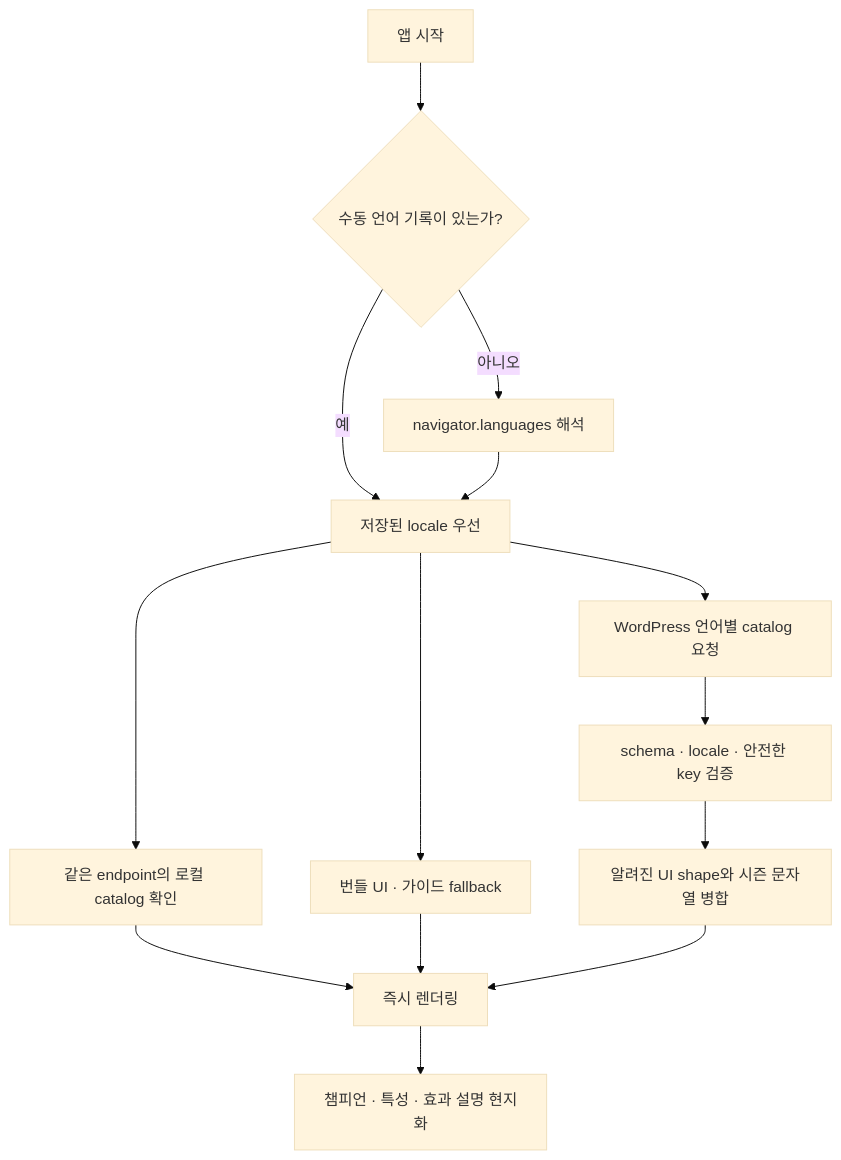
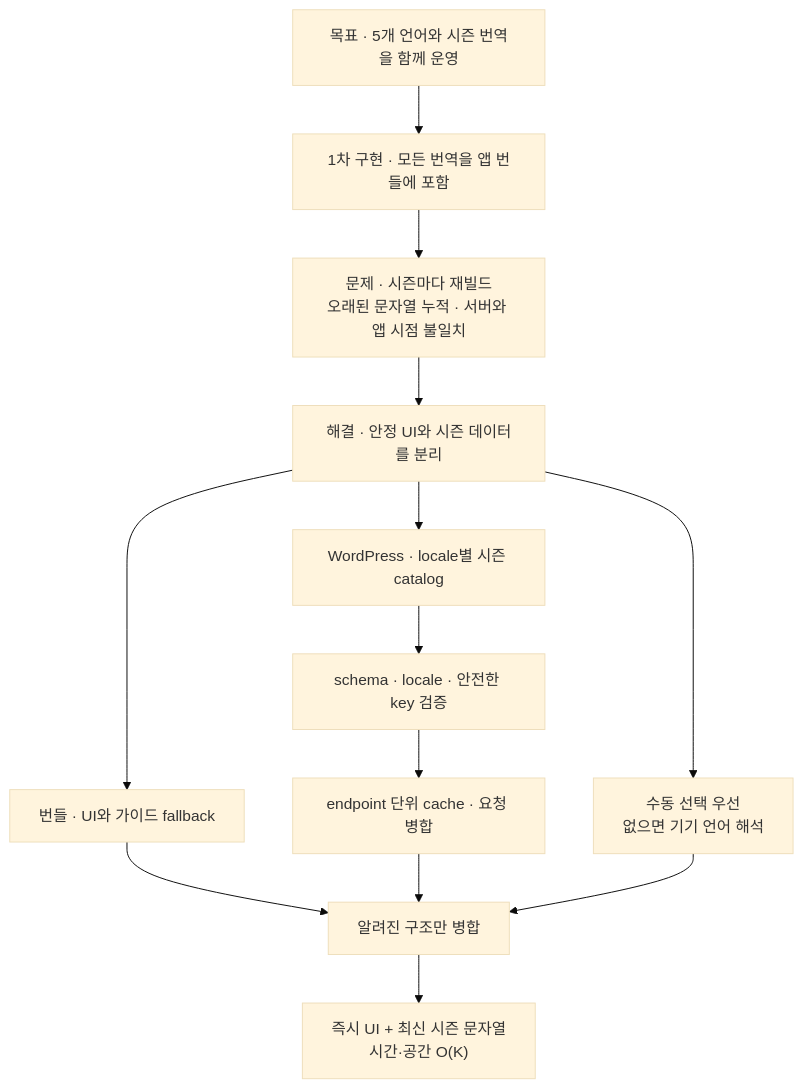
The fifth of 6 diagrams in vite-project/src/features/README.md (kimdol/my-tft-app), drawn with Mermaid (base theme) before and after one commit. The commit also changed other lines of this file, not shown here.

````diff
--- a/vite-project/src/features/README.md
+++ b/vite-project/src/features/README.md
@@ -164,16 +164,15 @@
 ```mermaid
 flowchart TD
-    Start["앱 시작"] --> Manual{"수동 언어 기록이 있는가?"}
-    Manual -->|예| Locale["저장된 locale 우선"]
-    Manual -->|아니오| Device["navigator.languages 해석"]
-    Device --> Locale
-    Locale --> Bundled["번들 UI · 가이드 fallback"]
-    Locale --> Cache["같은 endpoint의 로컬 catalog 확인"]
-    Locale --> Remote["WordPress 언어별 catalog 요청"]
-    Remote --> Validate["schema · locale · 안전한 key 검증"]
-    Validate --> Merge["알려진 UI shape와 시즌 문자열 병합"]
-    Cache --> Render["즉시 렌더링"]
-    Bundled --> Render
-    Merge --> Render
-    Render --> Localize["챔피언 · 특성 · 효과 설명 현지화"]
+    Goal["목표 · 5개 언어와 시즌 번역을 함께 운영"] --> Simple["1차 구현 · 모든 번역을 앱 번들에 포함"]
+    Simple --> Failure["문제 · 시즌마다 재빌드<br/>오래된 문자열 누적 · 서버와 앱 시점 불일치"]
+    Failure --> Split["해결 · 안정 UI와 시즌 데이터를 분리"]
+    Split --> Bundled["번들 · UI와 가이드 fallback"]
+    Split --> Runtime["WordPress · locale별 시즌 catalog"]
+    Split --> Manual["수동 선택 우선<br/>없으면 기기 언어 해석"]
+    Runtime --> Validate["schema · locale · 안전한 key 검증"]
+    Validate --> Cache["endpoint 단위 cache · 요청 병합"]
+    Bundled --> Merge["알려진 구조만 병합"]
+    Cache --> Merge
+    Manual --> Merge
+    Merge --> Result["즉시 UI + 최신 시즌 문자열<br/>시간·공간 O(K)"]
 ```
````
